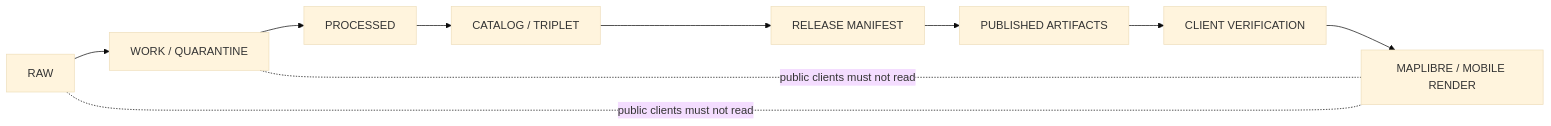
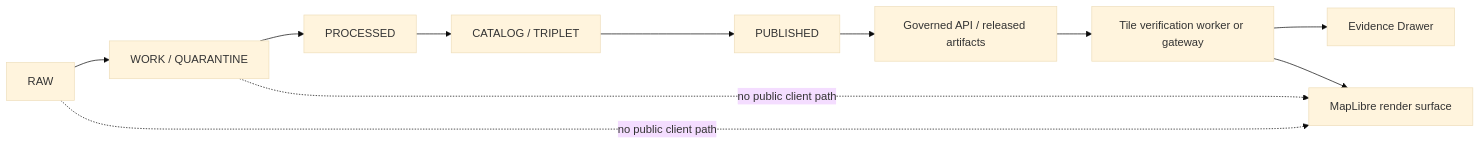
One commit to bartytime4life/Kansas-Frontier-Matrix changed the first of 2 diagrams in docs/architecture/tiles/VERIFIABLE_TILE_RENDERING.md. Above: the diagram before and after it, drawn with Mermaid (base theme). The commit also changed other lines of this file, not shown here.

````diff
--- a/docs/architecture/tiles/VERIFIABLE_TILE_RENDERING.md
+++ b/docs/architecture/tiles/VERIFIABLE_TILE_RENDERING.md
@@ -124,13 +167,14 @@
 ```mermaid
 flowchart LR
   RAW[RAW] --> WORK[WORK / QUARANTINE]
   WORK --> PROCESSED[PROCESSED]
   PROCESSED --> CATALOG[CATALOG / TRIPLET]
-  CATALOG --> RELEASE[RELEASE MANIFEST]
-  RELEASE --> PUBLISHED[PUBLISHED ARTIFACTS]
-  PUBLISHED --> VERIFIED[CLIENT VERIFICATION]
-  VERIFIED --> RENDER[MAPLIBRE / MOBILE RENDER]
+  CATALOG --> PUBLISHED[PUBLISHED]
+  PUBLISHED --> API[Governed API / released artifacts]
+  API --> VERIFY[Tile verification worker or gateway]
+  VERIFY --> DRAWER[Evidence Drawer]
+  VERIFY --> MAP[MapLibre render surface]
 
-  RAW -. public clients must not read .- RENDER
-  WORK -. public clients must not read .- RENDER
+  RAW -. no public client path .-> MAP
+  WORK -. no public client path .-> MAP
 ```
````
